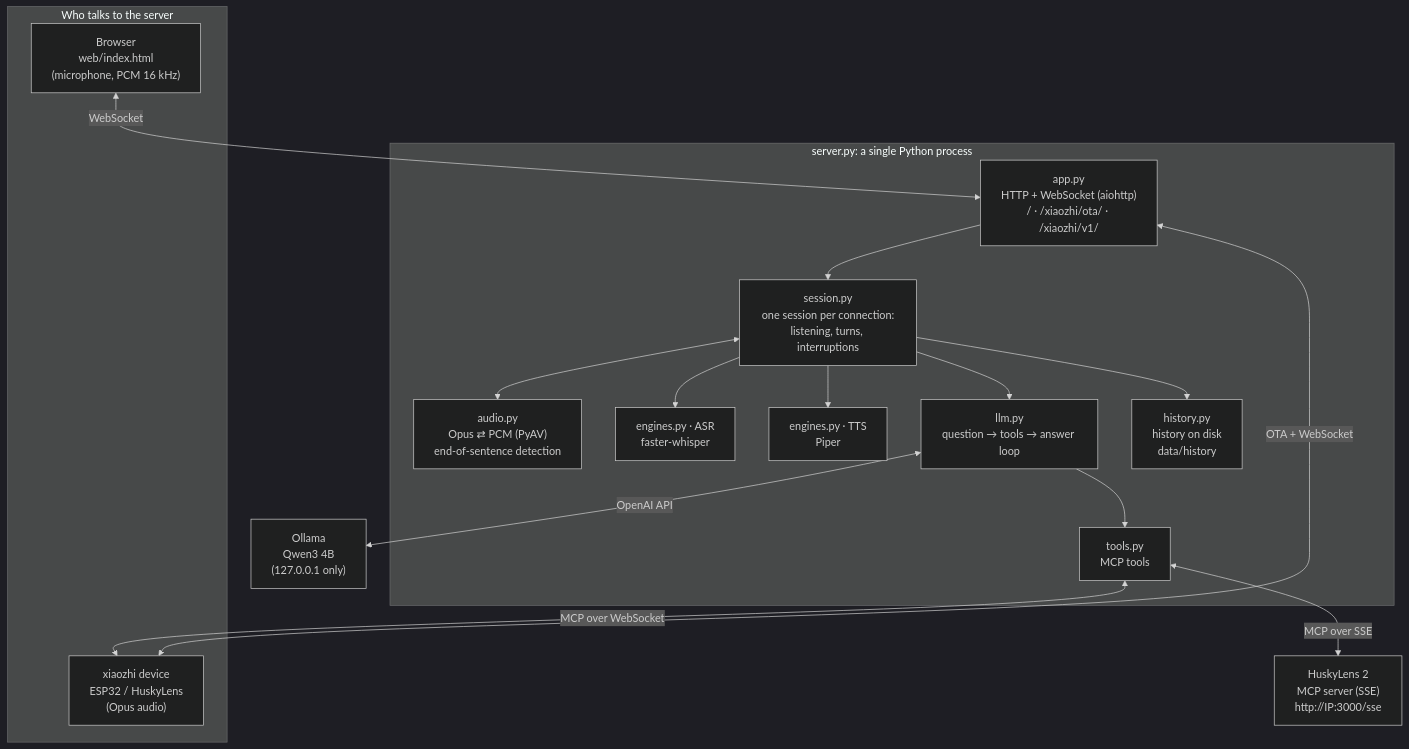
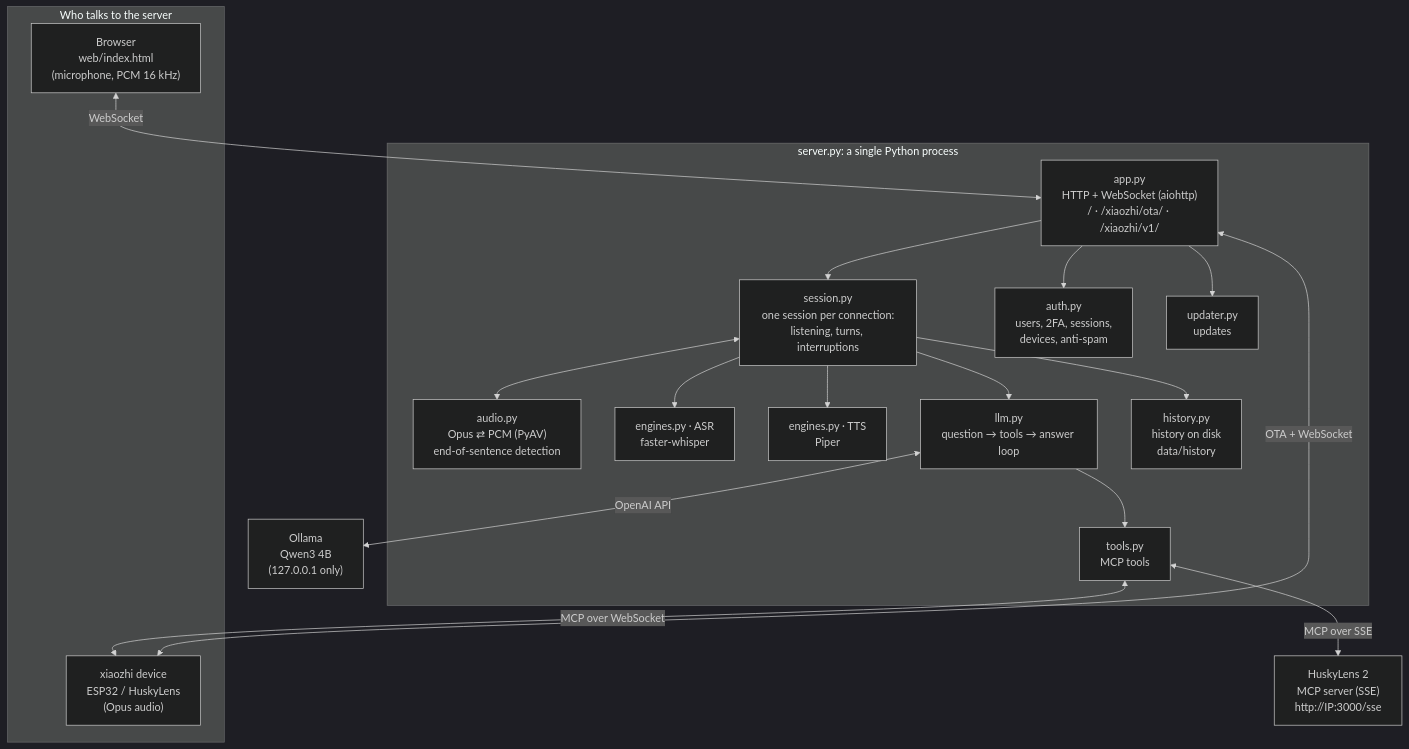
Before and after one commit to BitJacker/xiaozhi-local-server: the first of 7 diagrams in docs/ARCHITECTURE.md, drawn with Mermaid (dark theme). The commit also changed other lines of this file and 35 other files, not shown here.

First line of the commit message:
v1.1.0: account con 2FA, anti-spam, dispositivi approvati e aggiornamenti che conservano i dati

````diff
--- a/docs/ARCHITECTURE.md
+++ b/docs/ARCHITECTURE.md
@@ -10,34 +10,38 @@
 ```mermaid
 flowchart TB
     subgraph client["Who talks to the server"]
         WEB["Browser<br/>web/index.html<br/>(microphone, PCM 16 kHz)"]
         DEV["xiaozhi device<br/>ESP32 / HuskyLens<br/>(Opus audio)"]
     end
 
     subgraph server["server.py: a single Python process"]
         HTTP["app.py<br/>HTTP + WebSocket (aiohttp)<br/>/ · /xiaozhi/ota/ · /xiaozhi/v1/"]
         SES["session.py<br/>one session per connection:<br/>listening, turns, interruptions"]
         AUD["audio.py<br/>Opus ⇄ PCM (PyAV)<br/>end-of-sentence detection"]
         ASR["engines.py · ASR<br/>faster-whisper"]
         TTS["engines.py · TTS<br/>Piper"]
         LLM["llm.py<br/>question → tools → answer loop"]
         TOOLS["tools.py<br/>MCP tools"]
         HIST["history.py<br/>history on disk<br/>data/history"]
+        AUTH["auth.py<br/>users, 2FA, sessions,<br/>devices, anti-spam"]
+        UPD["updater.py<br/>updates"]
     end
 
     OLL["Ollama<br/>Qwen3 4B<br/>(127.0.0.1 only)"]
     HUSKY["HuskyLens 2<br/>MCP server (SSE)<br/>http://IP:3000/sse"]
 
     WEB <-->|WebSocket| HTTP
     DEV <-->|OTA + WebSocket| HTTP
     HTTP --> SES
     SES <--> AUD
     SES --> ASR
     SES --> LLM
     SES --> TTS
     LLM <-->|OpenAI API| OLL
     LLM --> TOOLS
     TOOLS <-->|MCP over WebSocket| DEV
     TOOLS <-->|MCP over SSE| HUSKY
     SES --> HIST
+    HTTP --> AUTH
+    HTTP --> UPD
 ```
````
